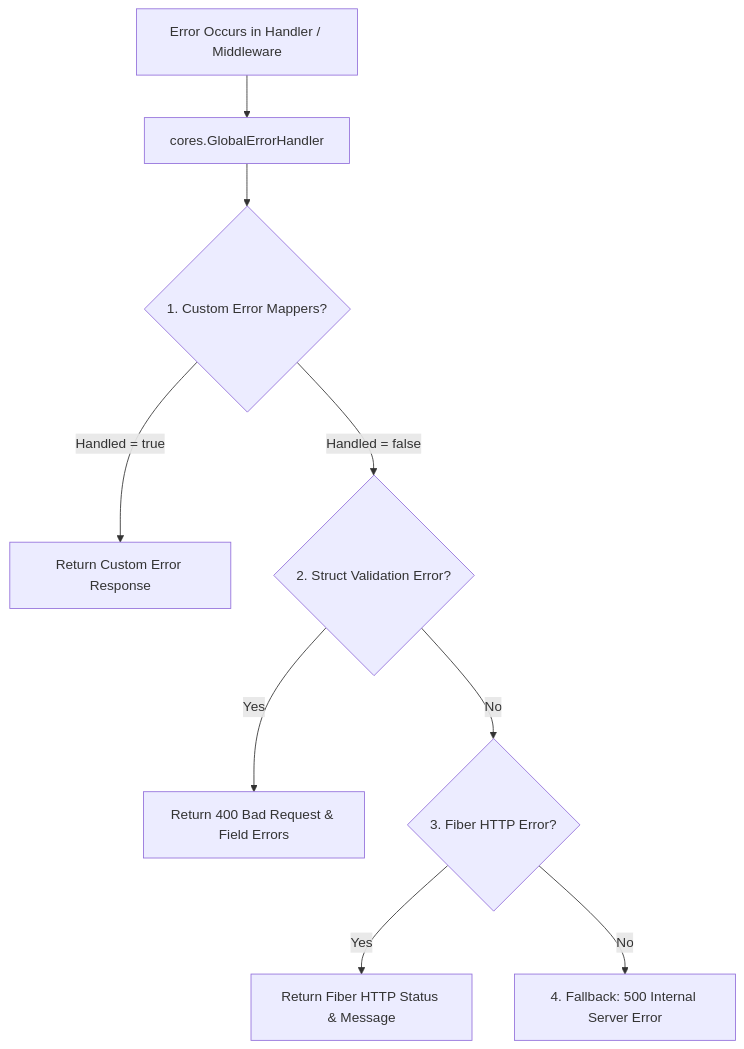
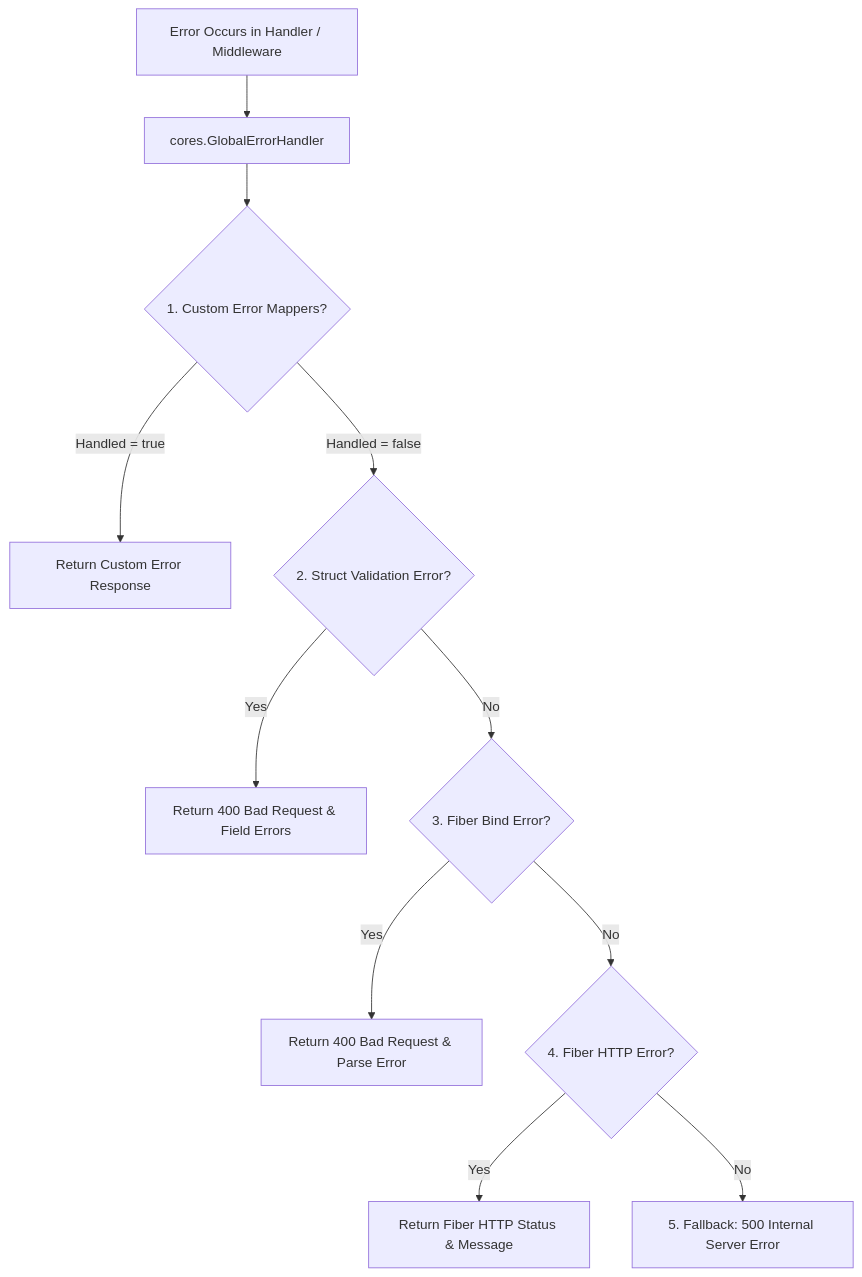
Before and after one commit to rachmanzz/fiber-starter: the diagram in docs/error_handling.md, drawn with Mermaid. The commit also changed other lines of this file and 10 other files, not shown here.

````diff
--- a/docs/error_handling.md
+++ b/docs/error_handling.md
@@ -9,11 +9,13 @@
 ```mermaid
 flowchart TD
     Err[Error Occurs in Handler / Middleware] --> GEH[cores.GlobalErrorHandler]
     GEH --> Step1{1. Custom Error Mappers?}
     Step1 -- Handled = true --> RespCustom[Return Custom Error Response]
     Step1 -- Handled = false --> Step2{2. Struct Validation Error?}
     Step2 -- Yes --> RespVal[Return 400 Bad Request & Field Errors]
-    Step2 -- No --> Step3{3. Fiber HTTP Error?}
-    Step3 -- Yes --> RespFiber[Return Fiber HTTP Status & Message]
-    Step3 -- No --> Step4[4. Fallback: 500 Internal Server Error]
+    Step2 -- No --> Step3{3. Fiber Bind Error?}
+    Step3 -- Yes --> RespBind[Return 400 Bad Request & Parse Error]
+    Step3 -- No --> Step4{4. Fiber HTTP Error?}
+    Step4 -- Yes --> RespFiber[Return Fiber HTTP Status & Message]
+    Step4 -- No --> Step5[5. Fallback: 500 Internal Server Error]
 ```
````
